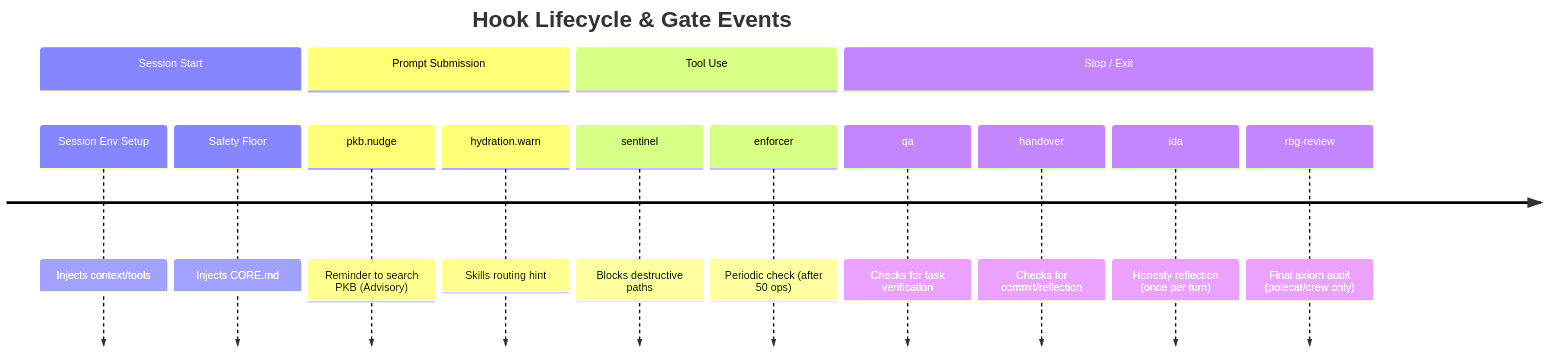
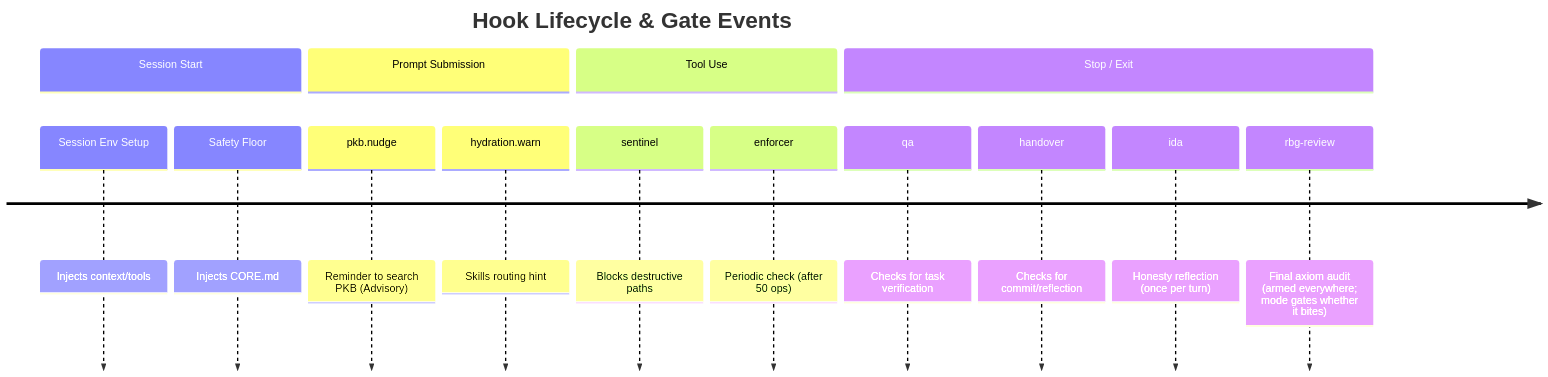
The diagram in specs/enforcement/GATES.md (nicsuzor/academicOps), drawn with Mermaid before and after one commit. The commit also changed other lines of this file and 13 other files, not shown here.

````diff
--- a/specs/enforcement/GATES.md
+++ b/specs/enforcement/GATES.md
@@ -45,18 +45,18 @@
 ```mermaid
 timeline
     title Hook Lifecycle & Gate Events
     section Session Start
         Session Env Setup : Injects context/tools
         Safety Floor : Injects CORE.md
     section Prompt Submission
         pkb.nudge : Reminder to search PKB (Advisory)
         hydration.warn : Skills routing hint
     section Tool Use
         sentinel : Blocks destructive paths
         enforcer : Periodic check (after 50 ops)
     section Stop / Exit
         qa : Checks for task verification
         handover : Checks for commit/reflection
         ida : Honesty reflection (once per turn)
-        rbg-review : Final axiom audit (polecat/crew only)
+        rbg-review : Final axiom audit (armed everywhere; mode gates whether it bites)
 ```
````
